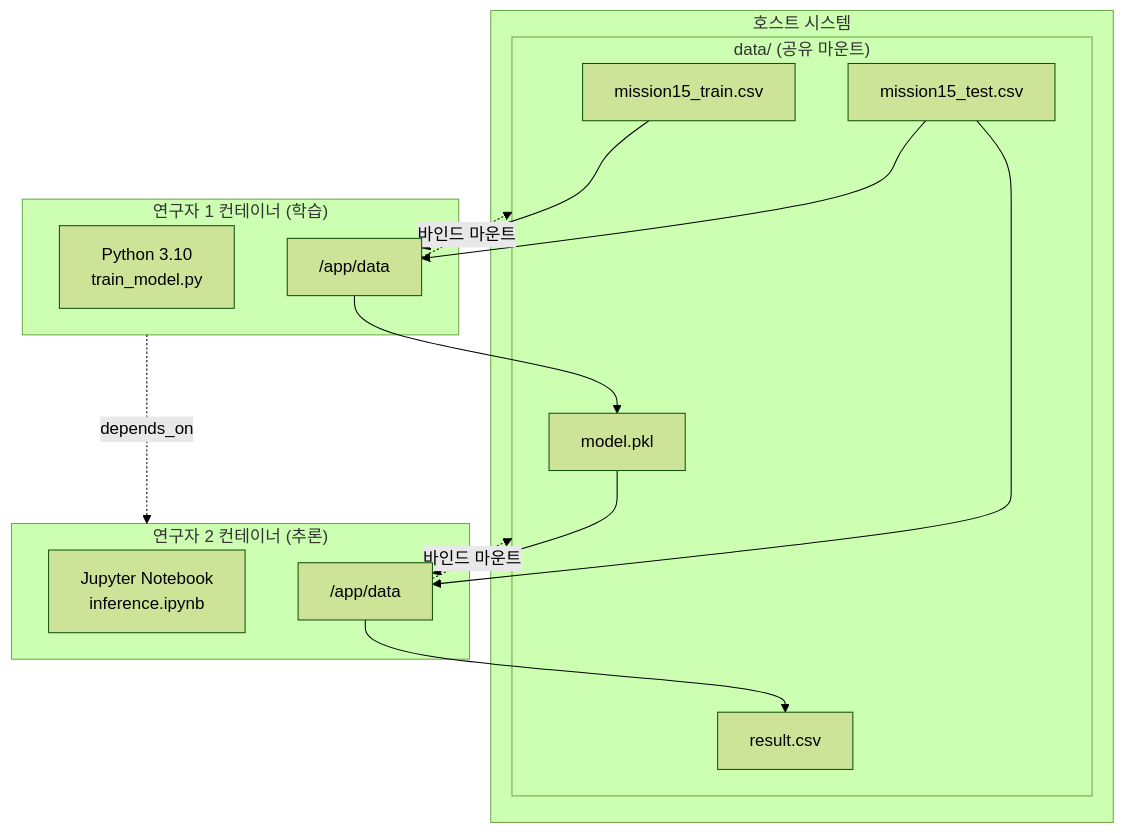
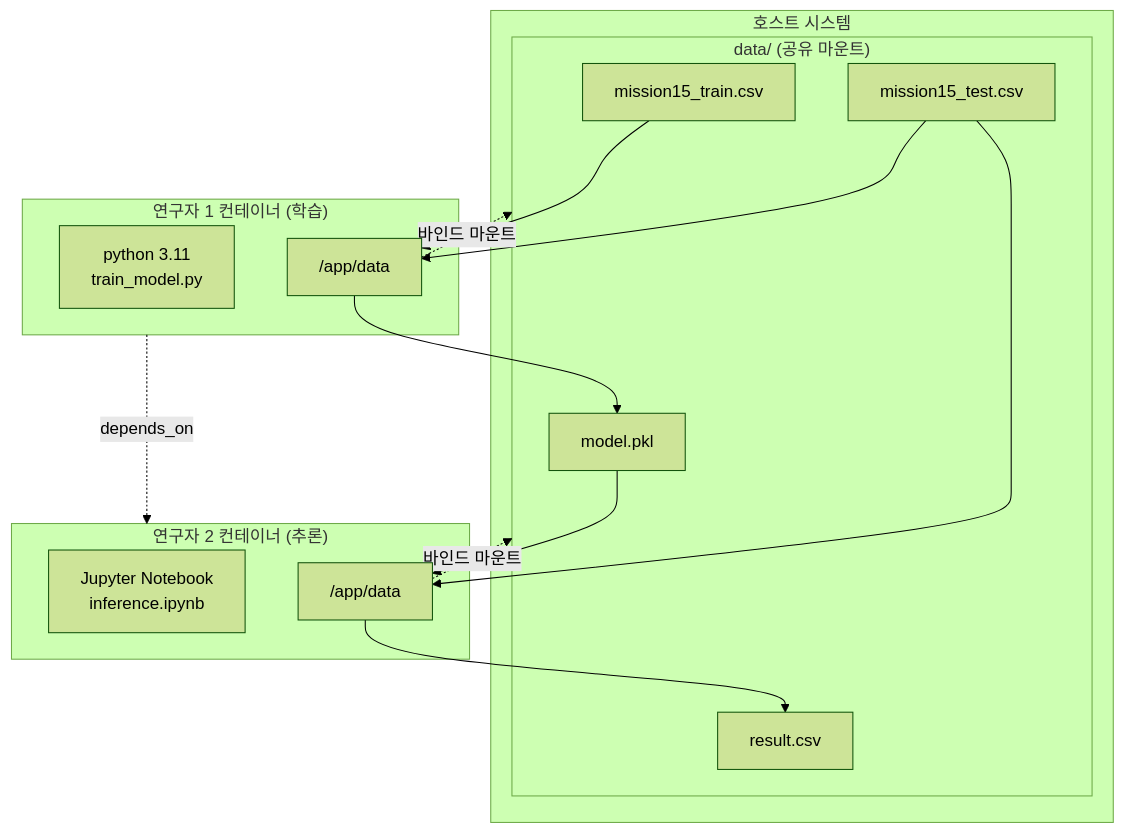
The diagram in 스프린트미션_완료/15_3팀_미션/15_3팀_미션_완료보고서.md (c0z0c/sprint_mission), drawn with Mermaid (forest theme) before and after one commit. The commit also changed other lines of this file and 13 other files, not shown here.

Commit message:
jupyter에서 mermaid 동작하도록

````diff
--- a/스프린트미션_완료/15_3팀_미션/15_3팀_미션_완료보고서.md
+++ b/스프린트미션_완료/15_3팀_미션/15_3팀_미션_완료보고서.md
@@ -21,34 +21,34 @@
 ```mermaid
 graph TB
     subgraph HOST["호스트 시스템"]
         subgraph MOUNT["data/ (공유 마운트)"]
             DATA1["mission15_train.csv"]
             DATA2["mission15_test.csv"]
             MODEL["model.pkl"]
             RESULT["result.csv"]
         end
     end
     
     subgraph TRAIN["연구자 1 컨테이너 (학습)"]
-        TRAIN_ENV["Python 3.10<br/>train_model.py"]
+        TRAIN_ENV["python 3.11<br/>train_model.py"]
         TRAIN_MOUNT["/app/data"]
     end
     
     subgraph INFERENCE["연구자 2 컨테이너 (추론)"]
         INFER_ENV["Jupyter Notebook<br/>inference.ipynb"]
         INFER_MOUNT["/app/data"]
     end
     
     DATA1 --> TRAIN_MOUNT
     DATA2 --> TRAIN_MOUNT
     TRAIN_MOUNT --> MODEL
     
     MODEL --> INFER_MOUNT
     DATA2 --> INFER_MOUNT
     INFER_MOUNT --> RESULT
     
     TRAIN_MOUNT -.바인드 마운트.-> MOUNT
     INFER_MOUNT -.바인드 마운트.-> MOUNT
     
     TRAIN -.depends_on.-> INFERENCE
 ```
````
